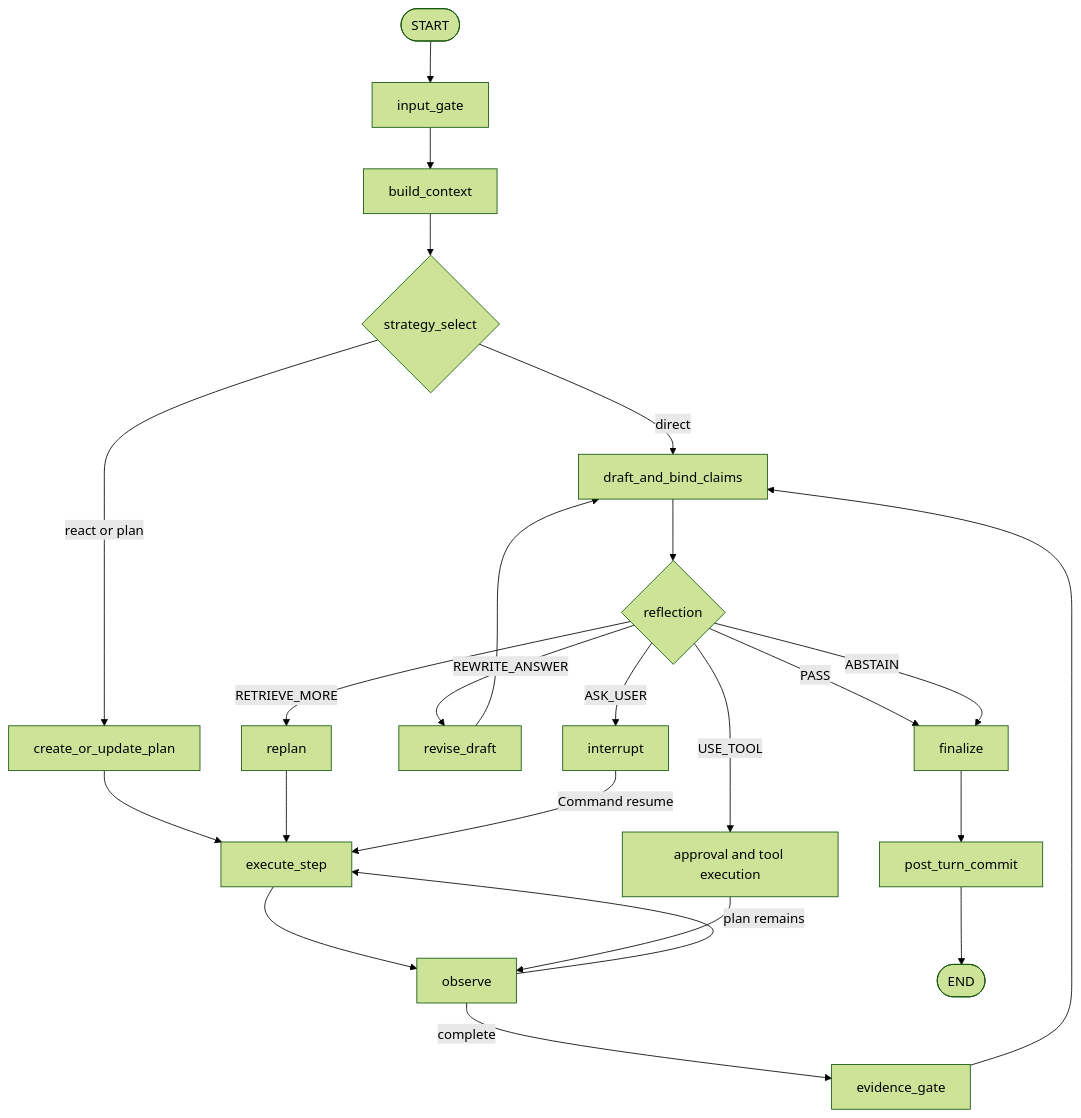
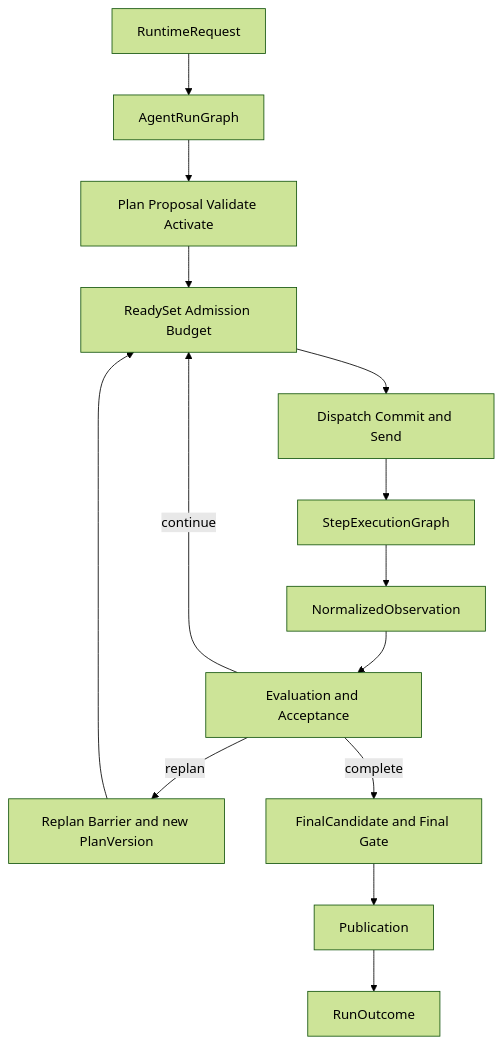
Before and after one commit to ProfessorZhi/Zuno: the seventh of 30 diagrams in docs/architecture/architecture-views.md, drawn with Mermaid (forest theme). The commit also changed other lines of this file and 14 other files, not shown here.

Commit message:
docs: align total architecture with canonical module designs

````diff
--- a/docs/architecture/architecture-views.md
+++ b/docs/architecture/architecture-views.md
@@ -143,17 +105,16 @@
 ```mermaid
 flowchart TB
-  Start([START]) --> Input[input_gate] --> Context[build_context] --> Strategy{strategy_select}
-  Strategy -->|direct| Draft[draft_and_bind_claims]
-  Strategy -->|react or plan| Plan[create_or_update_plan]
-  Plan --> Execute[execute_step] --> Observe[observe]
-  Observe -->|plan remains| Execute
-  Observe -->|complete| Evidence[evidence_gate] --> Draft --> Reflect{reflection}
-  Reflect -->|PASS| Finalize[finalize]
-  Reflect -->|REWRITE_ANSWER| Revise[revise_draft] --> Draft
-  Reflect -->|RETRIEVE_MORE| Replan[replan] --> Execute
-  Reflect -->|USE_TOOL| Approval[approval and tool execution] --> Observe
-  Reflect -->|ASK_USER| Interrupt[interrupt]
-  Interrupt -->|Command resume| Execute
-  Reflect -->|ABSTAIN| Finalize
-  Finalize --> Commit[post_turn_commit] --> End([END])
+  REQ[RuntimeRequest] --> RUN[AgentRunGraph]
+  RUN --> PLAN[Plan Proposal Validate Activate]
+  PLAN --> READY[ReadySet Admission Budget]
+  READY --> SEND[Dispatch Commit and Send]
+  SEND --> STEP[StepExecutionGraph]
+  STEP --> OBS[NormalizedObservation]
+  OBS --> ACCEPT[Evaluation and Acceptance]
+  ACCEPT -->|continue| READY
+  ACCEPT -->|replan| BARRIER[Replan Barrier and new PlanVersion]
+  BARRIER --> READY
+  ACCEPT -->|complete| FINAL[FinalCandidate and Final Gate]
+  FINAL --> PUB[Publication]
+  PUB --> OUT[RunOutcome]
 ```
````
